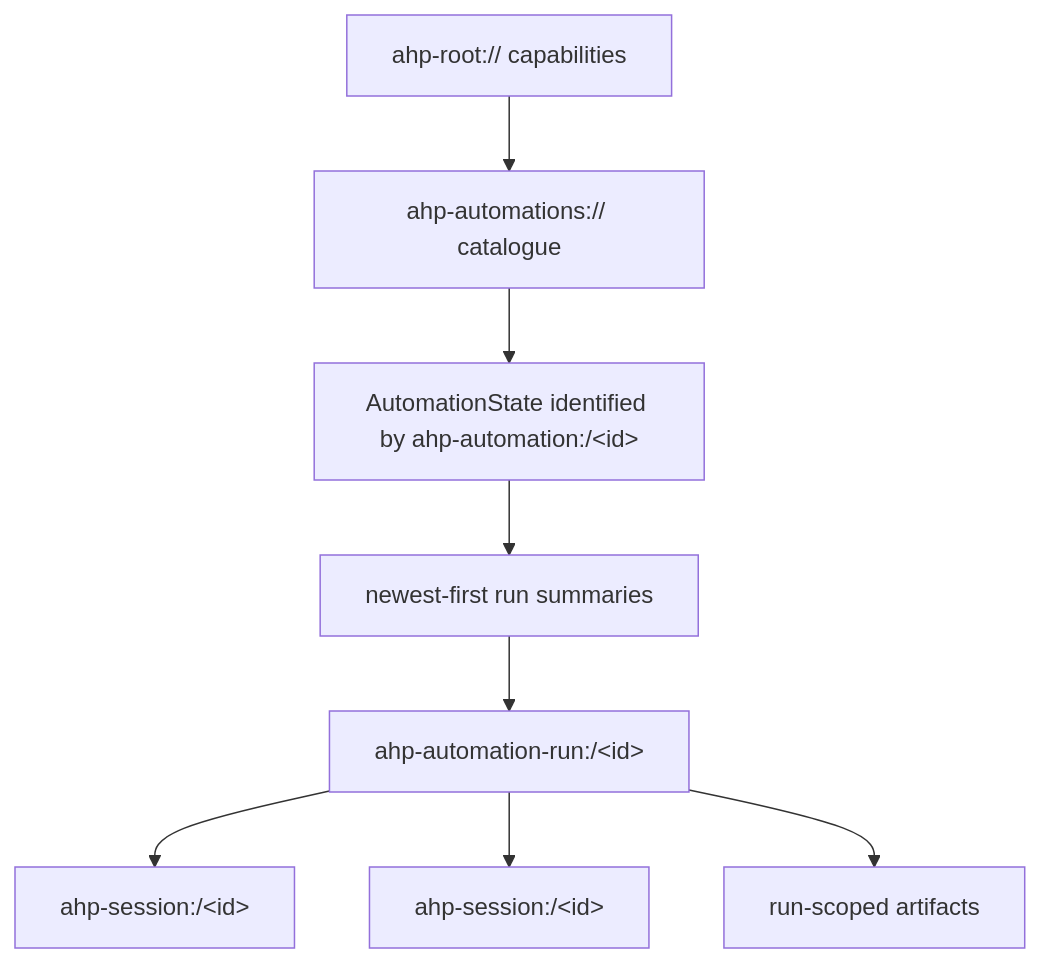
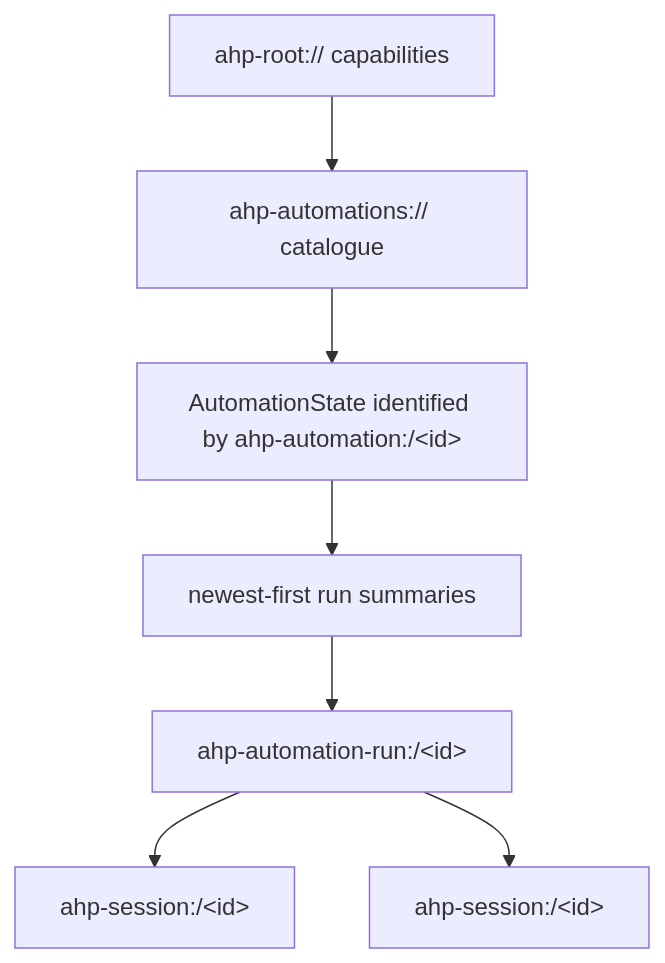
Before and after one commit to microsoft/agent-host-protocol: the first of 2 diagrams in docs/guide/automations.md, drawn with Mermaid. The commit also changed other lines of this file and 21 other files, not shown here.

First line of the commit message:
automations: feat: remove run artifacts

````diff
--- a/docs/guide/automations.md
+++ b/docs/guide/automations.md
@@ -54,10 +54,9 @@
 ```mermaid
 flowchart TD
   R["ahp-root:// capabilities"] --> C["ahp-automations:// catalogue"]
   C --> A["AutomationState identified by ahp-automation:/&lt;id&gt;"]
   A --> RS["newest-first run summaries"]
   RS --> AR["ahp-automation-run:/&lt;id&gt;"]
   AR --> S1["ahp-session:/&lt;id&gt;"]
   AR --> S2["ahp-session:/&lt;id&gt;"]
-  AR --> F["run-scoped artifacts"]
 ```
````
